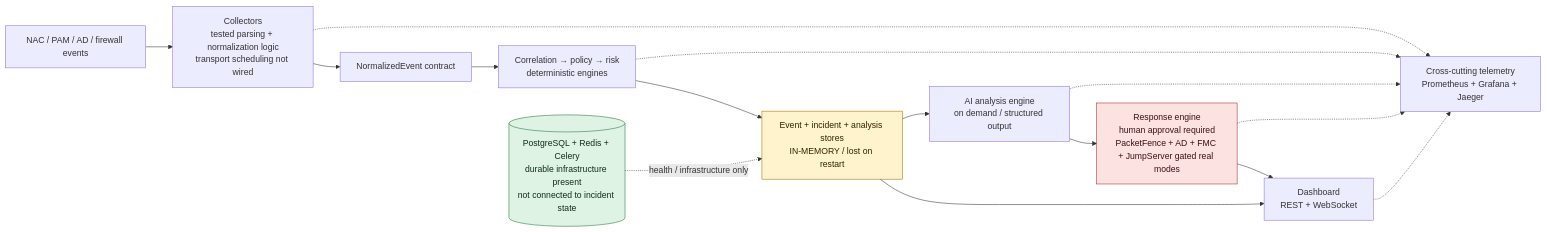
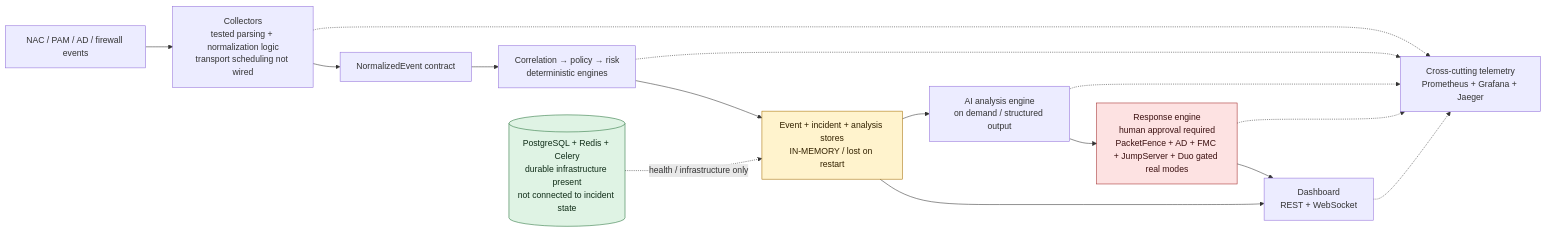
Before and after one commit to dnzgrkn/WardHound: the diagram in README.md, drawn with Mermaid. The commit also changed other lines of this file and 2 other files, not shown here.

Commit message:
docs: record Duo verification challenge boundary

````diff
--- a/README.md
+++ b/README.md
@@ -13,30 +13,30 @@
 ```mermaid
 flowchart LR
     Sources["NAC / PAM / AD / firewall events"]
     Collectors["Collectors<br/>tested parsing + normalization logic<br/>transport scheduling not wired"]
     Normalize["NormalizedEvent contract"]
     Engines["Correlation → policy → risk<br/>deterministic engines"]
     Store["Event + incident + analysis stores<br/>IN-MEMORY / lost on restart"]
     AI["AI analysis engine<br/>on demand / structured output"]
-    Response["Response engine<br/>human approval required<br/>PacketFence + AD + FMC + JumpServer gated real modes"]
+    Response["Response engine<br/>human approval required<br/>PacketFence + AD + FMC + JumpServer + Duo gated real modes"]
     Dashboard["Dashboard<br/>REST + WebSocket"]
     Infra[("PostgreSQL + Redis + Celery<br/>durable infrastructure present<br/>not connected to incident state")]
     Telemetry["Cross-cutting telemetry<br/>Prometheus + Grafana + Jaeger"]
 
     Sources --> Collectors --> Normalize --> Engines --> Store
     Store --> AI --> Response --> Dashboard
     Store --> Dashboard
     Infra -. "health / infrastructure only" .-> Store
     Collectors -.-> Telemetry
     Engines -.-> Telemetry
     AI -.-> Telemetry
     Response -.-> Telemetry
     Dashboard -.-> Telemetry
 
     classDef memory fill:#fff3cd,stroke:#a66f00,color:#332200;
     classDef simulated fill:#fde2e2,stroke:#a12828,color:#3b1010;
     classDef durable fill:#dff3e4,stroke:#26733a,color:#102d18;
     class Store memory;
     class Response simulated;
     class Infra durable;
 ```
````
